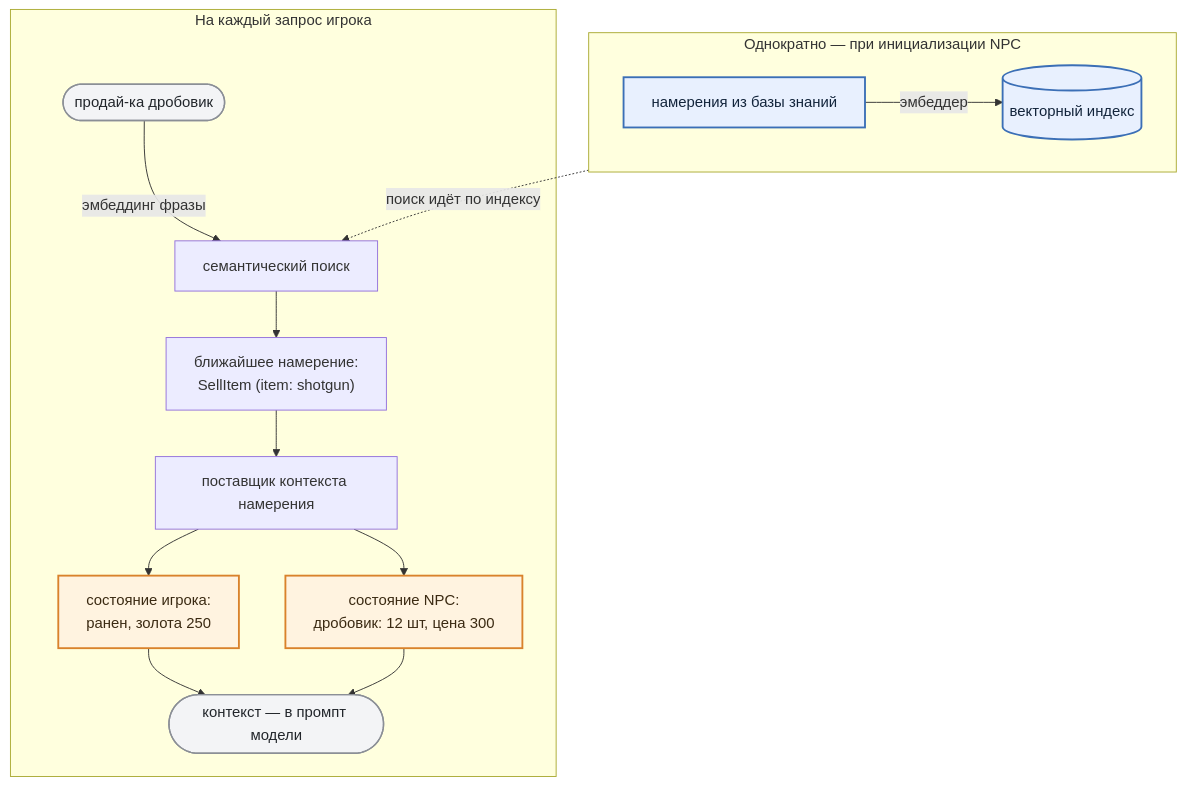
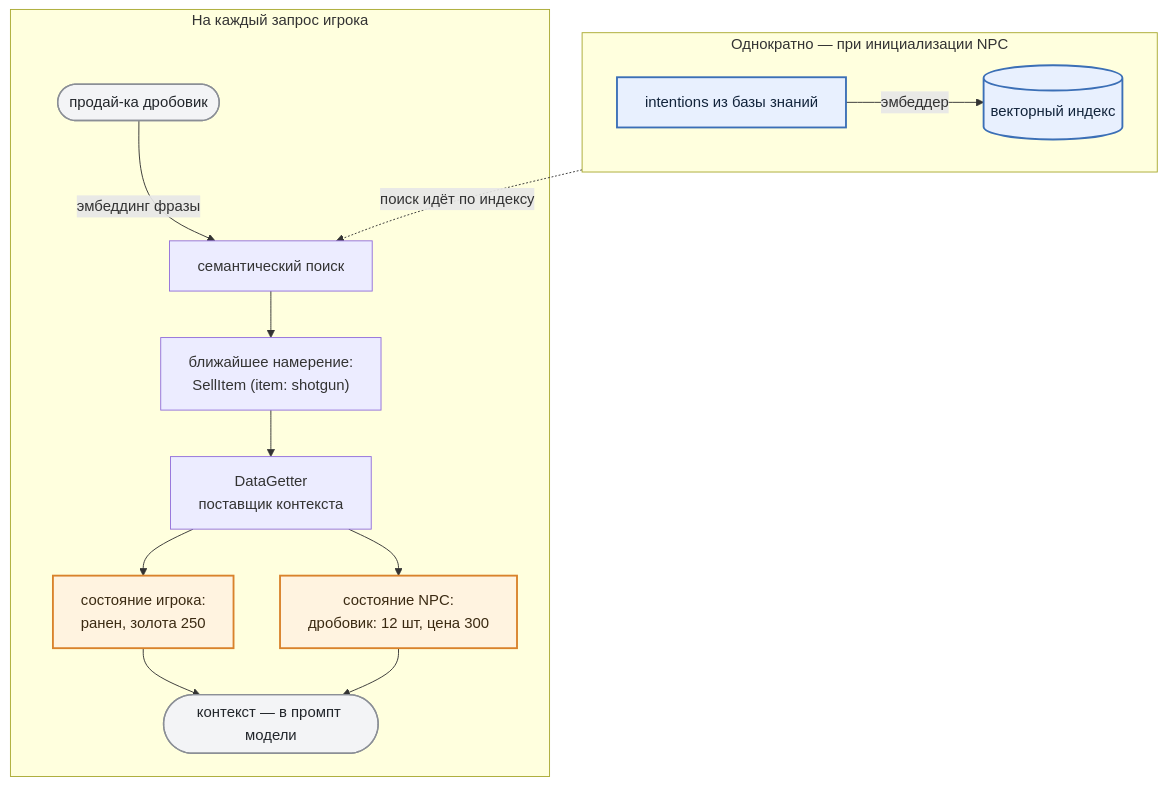
One commit to MimusTriurus/ullama_demo changed the diagram in docs/parts/section-02-memory.md. Above: the diagram before and after it, drawn with Mermaid. The commit also changed other lines of this file and 2 other files, not shown here.

````diff
--- a/docs/parts/section-02-memory.md
+++ b/docs/parts/section-02-memory.md
@@ -32,27 +32,27 @@
 ```mermaid
 flowchart TD
     subgraph init["Однократно — при инициализации NPC"]
         direction LR
-        SRC["намерения из базы знаний"] -- эмбеддер --> IDX[("векторный индекс")]
+        SRC["intentions из базы знаний"] -- эмбеддер --> IDX[("векторный индекс")]
     end
 
     subgraph run["На каждый запрос игрока"]
         Q(["продай-ка дробовик"]) -- эмбеддинг фразы --> SEARCH["семантический поиск"]
         SEARCH --> HIT["ближайшее намерение:<br/>SellItem (item: shotgun)"]
-        HIT --> DG["поставщик контекста намерения"]
+        HIT --> DG["DataGetter<br/>поставщик контекста"]
         DG --> US["состояние игрока:<br/>ранен, золота 250"]
         DG --> NS["состояние NPC:<br/>дробовик: 12 шт, цена 300"]
         US --> PROMPT(["контекст — в промпт модели"])
         NS --> PROMPT
     end
 
     IDX -. поиск идёт по индексу .-> SEARCH
 
     classDef store fill:#e8f0fe,stroke:#3b6fb6,stroke-width:2px,color:#12243b
     classDef state fill:#fff3e0,stroke:#d9822b,stroke-width:2px,color:#3b2a12
     classDef edge fill:#f3f4f6,stroke:#8b8f96,stroke-width:1.5px,color:#22262b
 
     class SRC,IDX store
     class US,NS state
     class Q,PROMPT edge
 ```
````
